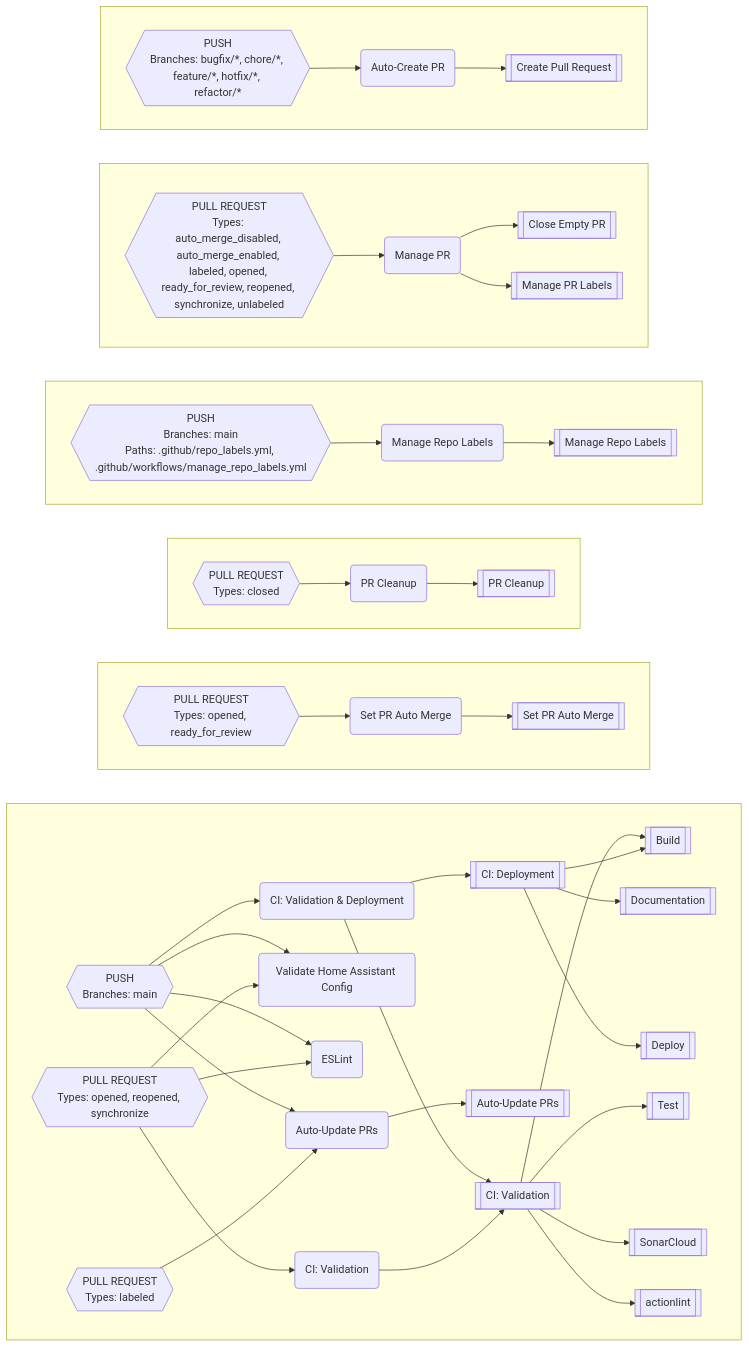
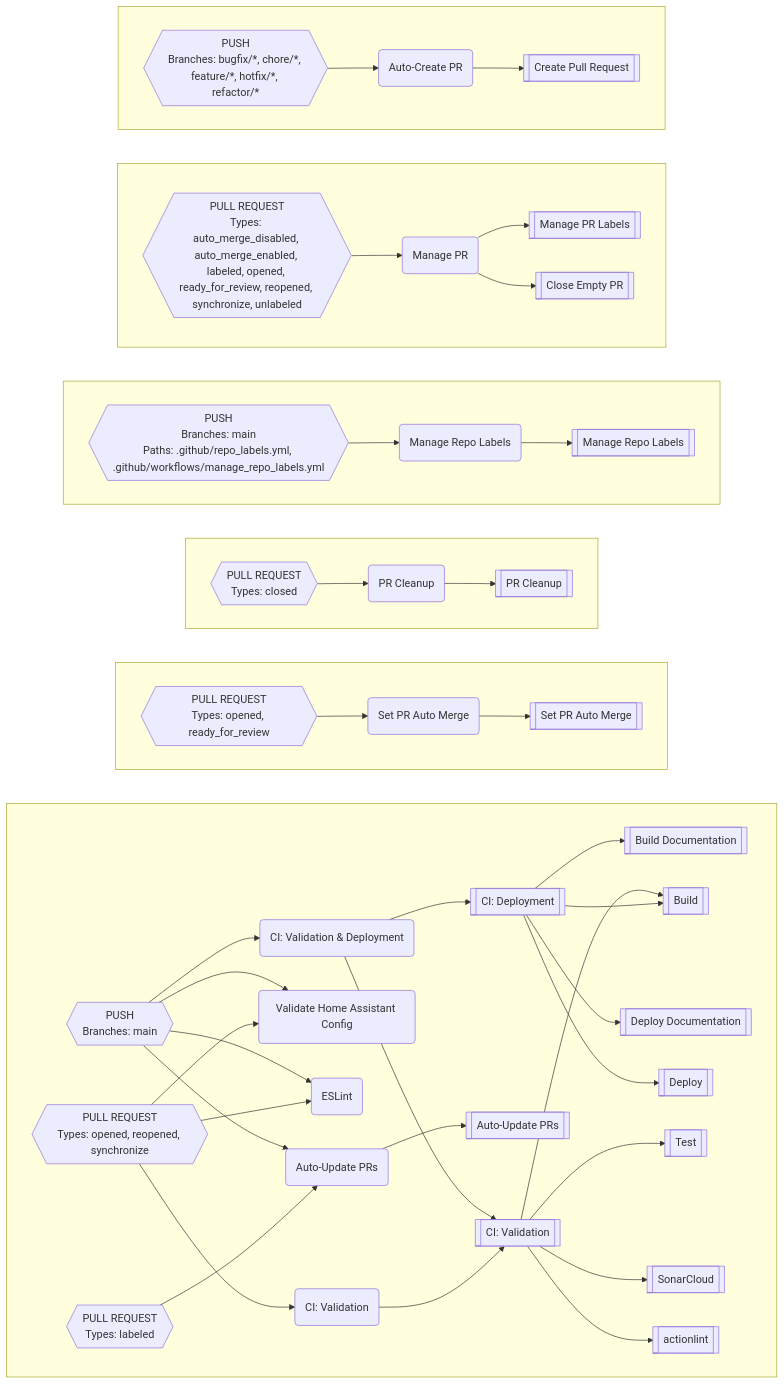
The diagram in README.md (worgarside/github-config-files), drawn with Mermaid before and after one commit. The commit also changed 3 other files, not shown here.

Commit message:
Split docs GHA into build & deploy

````diff
--- a/README.md
+++ b/README.md
@@ -359,101 +359,103 @@
 ```mermaid
 flowchart LR
-subgraph DB[" "]
+subgraph DG[" "]
 direction LR
-CX-->Q
-CZ-->CX
-CZ-->CN
-CZ-->CJ
-BZ-->BY
-BY-->AW
-CU-->CT
-CU-->CN
-CU-->CJ
-CU-->BY
-CT-->Q
-CT-->I
-I-->E
-I-->AL
-I-->AF
-Q-->E
-Q-->BJ
-Q-->BG
-Q-->A
+DC-->V
+DE-->DC
+DE-->CS
+DE-->CO
+CE-->CD
+CD-->BB
+CZ-->CY
+CZ-->CS
+CZ-->CO
+CZ-->CD
+CY-->V
+CY-->M
+M-->I
+M-->E
+M-->AQ
+M-->AK
+V-->E
+V-->BO
+V-->BL
+V-->A
 end
-subgraph DC[" "]
+subgraph DH[" "]
 direction LR
-CG-->CF
-CF-->BD
+CL-->CK
+CK-->BI
 end
-subgraph DD[" "]
+subgraph DI[" "]
 direction LR
-CD-->CC
-CC-->AZ
+CI-->CH
+CH-->BE
 end
-subgraph DE[" "]
+subgraph DJ[" "]
+direction LR
+CA-->BZ
+BZ-->AY
+end
+subgraph DK[" "]
 direction LR
 BV-->BU
-BU-->AT
+BU-->AU
+BU-->AC
 end
-subgraph DF[" "]
+subgraph DL[" "]
 direction LR
-BQ-->BP
-BP-->X
-BP-->AP
+BS-->BR
+BR-->AG
 end
-subgraph DG[" "]
-direction LR
-BN-->BM
-BM-->AB
-end
-AB[["Create Pull Request"]]
-AF[["Deploy"]]
-AL[["Documentation"]]
-AP[["Manage PR Labels"]]
-AT[["Manage Repo Labels"]]
-AW[["Auto-Update PRs"]]
-AZ[["PR Cleanup"]]
+AC[["Close Empty PR"]]
+AG[["Create Pull Request"]]
+AK[["Deploy"]]
+AQ[["Deploy Documentation"]]
+AU[["Manage PR Labels"]]
+AY[["Manage Repo Labels"]]
 A[["actionlint"]]
-BD[["Set PR Auto Merge"]]
-BG[["SonarCloud"]]
-BJ[["Test"]]
-BM("Auto-Create PR")
-BN{{"PUSH
+BB[["Auto-Update PRs"]]
+BE[["PR Cleanup"]]
+BI[["Set PR Auto Merge"]]
+BL[["SonarCloud"]]
+BO[["Test"]]
+BR("Auto-Create PR")
+BS{{"PUSH
 Branches: bugfix/*, chore/*, feature/*, hotfix/*, refactor/*
 "}}
-BP("Manage PR")
-BQ{{"PULL REQUEST
+BU("Manage PR")
+BV{{"PULL REQUEST
 Types: auto_merge_disabled, auto_merge_enabled, labeled, opened, ready_for_review, reopened, synchronize, unlabeled
 "}}
-BU("Manage Repo Labels")
-BV{{"PUSH
+BZ("Manage Repo Labels")
+CA{{"PUSH
 Branches: main
 Paths: .github/repo_labels.yml, .github/workflows/manage_repo_labels.yml
 "}}
-BY("Auto-Update PRs")
-BZ{{"PULL REQUEST
+CD("Auto-Update PRs")
+CE{{"PULL REQUEST
 Types: labeled
 "}}
-CC("PR Cleanup")
-CD{{"PULL REQUEST
+CH("PR Cleanup")
+CI{{"PULL REQUEST
 Types: closed
 "}}
-CF("Set PR Auto Merge")
-CG{{"PULL REQUEST
+CK("Set PR Auto Merge")
+CL{{"PULL REQUEST
 Types: opened, ready_for_review
 "}}
-CJ("ESLint")
-CN("Validate Home Assistant Config")
-CT("CI: Validation & Deployment")
-CU{{"PUSH
+CO("ESLint")
+CS("Validate Home Assistant Config")
+CY("CI: Validation & Deployment")
+CZ{{"PUSH
 Branches: main
 "}}
-CX("CI: Validation")
-CZ{{"PULL REQUEST
+DC("CI: Validation")
+DE{{"PULL REQUEST
 Types: opened, reopened, synchronize
 "}}
 E[["Build"]]
-I[["CI: Deployment"]]
-Q[["CI: Validation"]]
-X[["Close Empty PR"]]
+I[["Build Documentation"]]
+M[["CI: Deployment"]]
+V[["CI: Validation"]]
 ```
````
